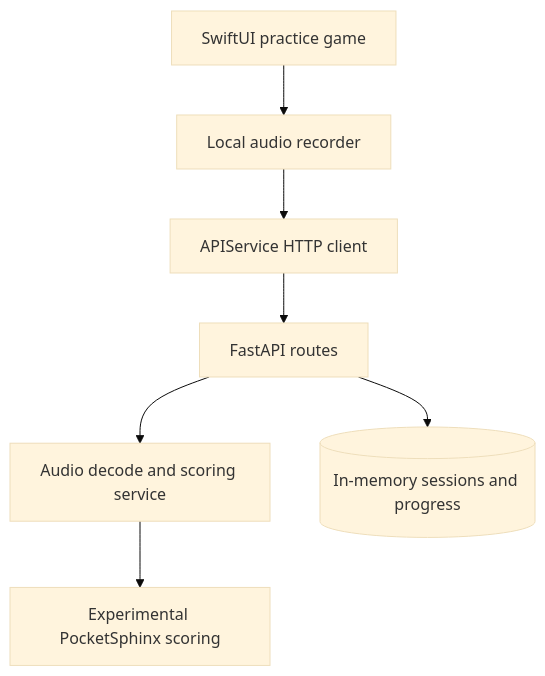
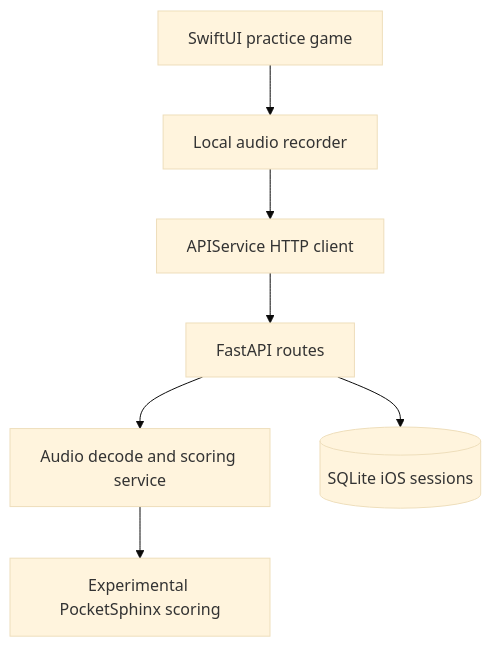
Before and after one commit to Albert-bit07/Speech-therapy-app: the diagram in README.md, drawn with Mermaid (base theme). The commit also changed other lines of this file and 8 other files, not shown here.

````diff
--- a/README.md
+++ b/README.md
@@ -20,9 +20,9 @@
 ```mermaid
 flowchart TD
   U[SwiftUI practice game] --> R[Local audio recorder]
   R --> A[APIService HTTP client]
   A --> F[FastAPI routes]
   F --> S[Audio decode and scoring service]
   S --> P[Experimental PocketSphinx scoring]
-  F --> D[(In-memory sessions and progress)]
+  F --> D[(SQLite iOS sessions)]
 ```
````
